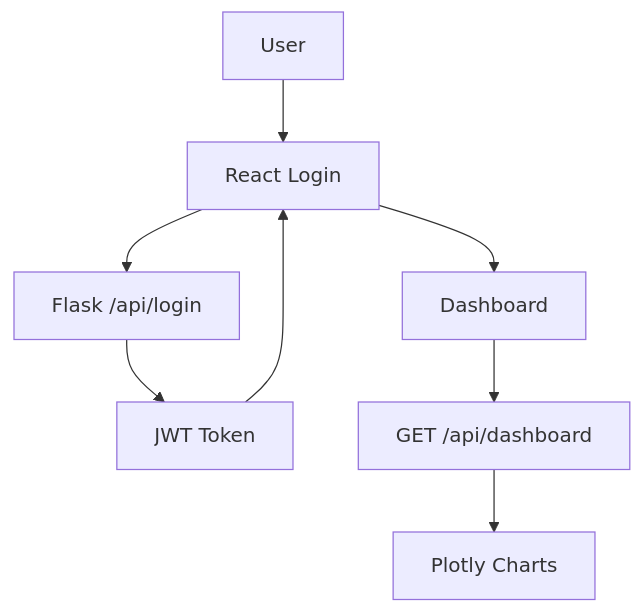
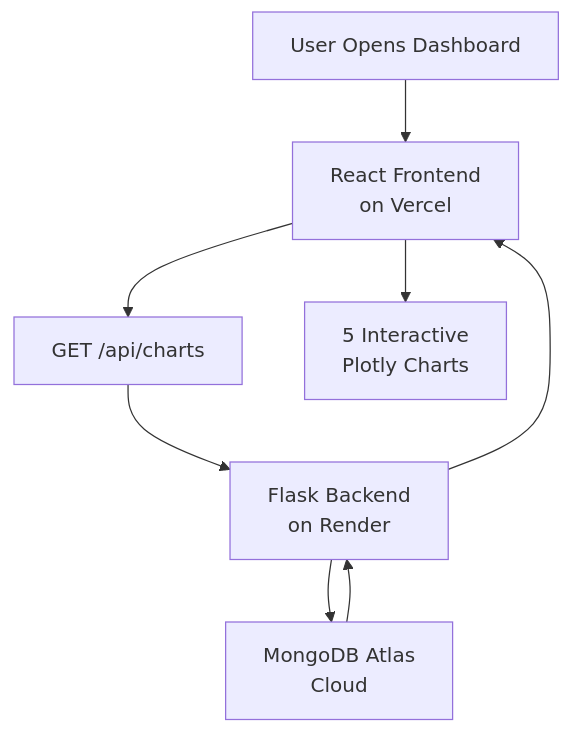
Before and after one commit to Patidarmadhuri/Financial-Dashboard-Project: the second of 2 diagrams in README.md, drawn with Mermaid. The commit also changed other lines of this file, not shown here.

Commit message:
Fix: update diagram to public flow (no login)

````diff
--- a/README.md
+++ b/README.md
@@ -73,10 +73,10 @@
 ```mermaid
 graph TD
-    A[User] --> B[React Login]
-    B --> C[Flask /api/login]
-    C --> D[JWT Token]
+    A[User Opens Dashboard] --> B[React Frontend<br/>on Vercel]
+    B --> C[GET /api/charts]
+    C --> D[Flask Backend<br/>on Render]
+    D --> E[MongoDB Atlas<br/>Cloud]
+    E --> D
     D --> B
-    B --> E[Dashboard]
-    E --> F[GET /api/dashboard]
-    F --> G[Plotly Charts]
+    B --> F[5 Interactive<br/>Plotly Charts]
 ```
````
